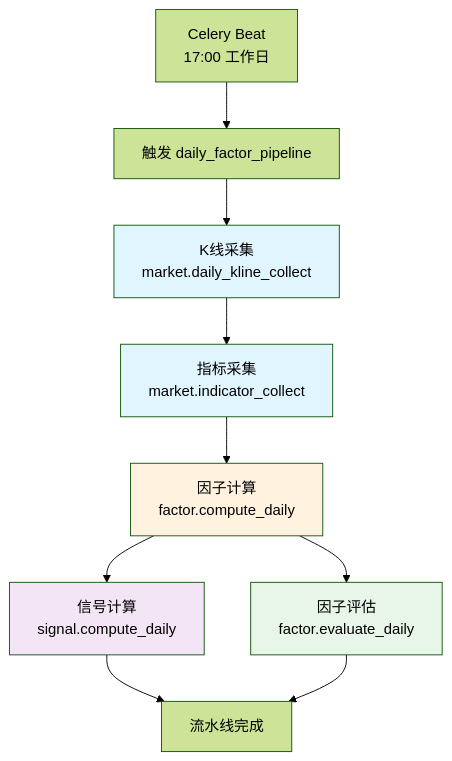
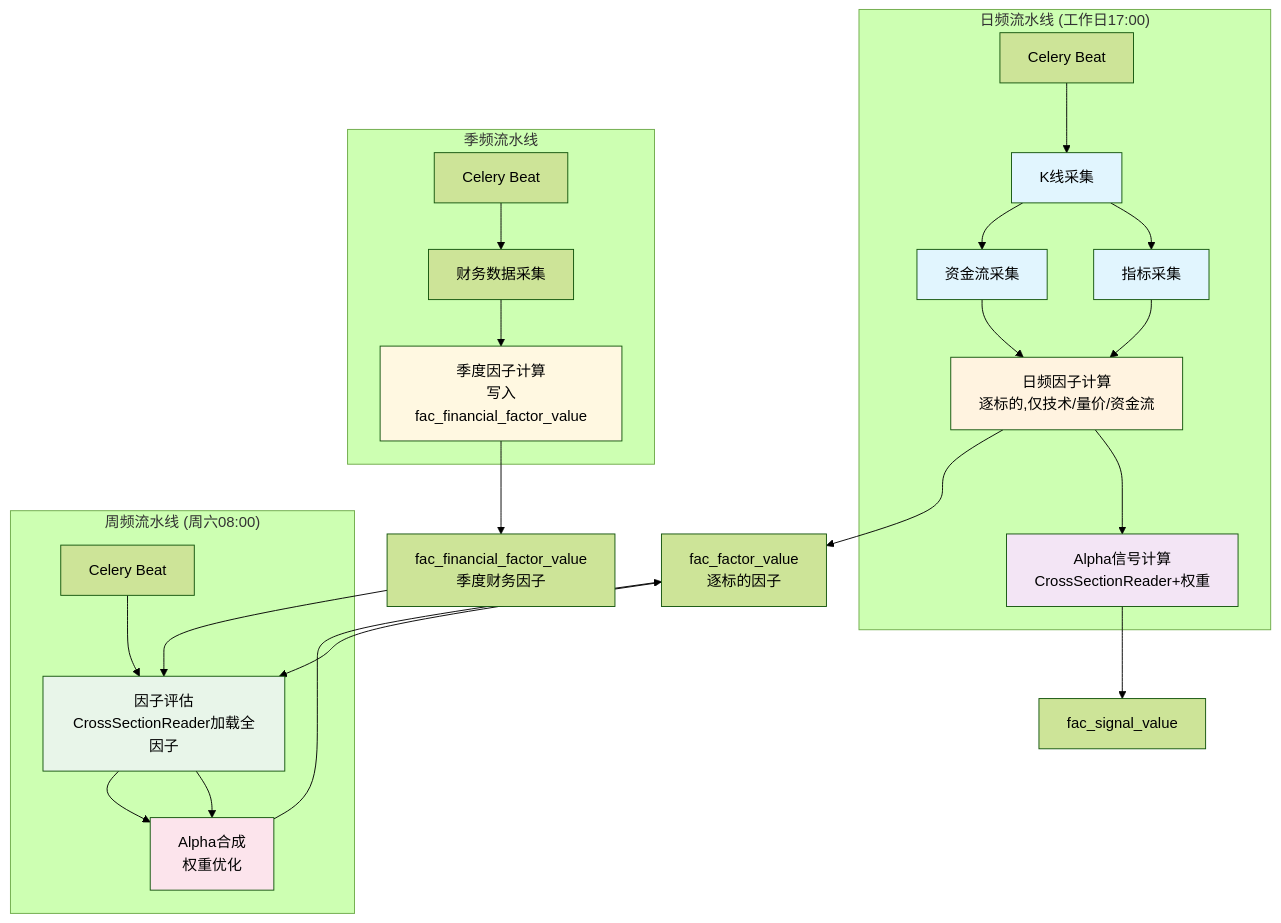
Before and after one commit to bitiany/xq-trader: diagram 13 of 31 in docs/factor-architecture.md, drawn with Mermaid (forest theme). The commit also changed other lines of this file and 35 other files, not shown here.

````diff
--- a/docs/factor-architecture.md
+++ b/docs/factor-architecture.md
@@ -493,19 +811,38 @@
 ```mermaid
 flowchart TD
-    BEAT[Celery Beat<br/>17:00 工作日] --> TRIGGER[触发 daily_factor_pipeline]
+    subgraph "日频流水线 (工作日17:00)"
+        BEAT_D[Celery Beat] --> KL[K线采集]
+        KL --> IND[指标采集]
+        KL --> FFC[资金流采集]
+        IND --> DFC[日频因子计算<br/>逐标的,仅技术/量价/资金流]
+        FFC --> DFC
+        DFC --> ASC[Alpha信号计算<br/>CrossSectionReader+权重]
+    end
 
-    TRIGGER --> KL[K线采集<br/>market.daily_kline_collect]
-    KL --> IND[指标采集<br/>market.indicator_collect]
-    IND --> FC[因子计算<br/>factor.compute_daily]
-    FC --> SC[信号计算<br/>signal.compute_daily]
-    FC --> FE[因子评估<br/>factor.evaluate_daily]
+    subgraph "季频流水线"
+        BEAT_Q[Celery Beat] --> FINA[财务数据采集]
+        FINA --> QFC[季度因子计算<br/>写入fac_financial_factor_value]
+    end
 
-    SC --> DONE[流水线完成]
-    FE --> DONE
+    subgraph "周频流水线 (周六08:00)"
+        BEAT_W[Celery Beat] --> FE[因子评估<br/>CrossSectionReader加载全因子]
+        FE --> AS[Alpha合成<br/>权重优化]
+    end
+
+    DFC --> FV[fac_factor_value<br/>逐标的因子]
+    QFC --> FFV[fac_financial_factor_value<br/>季度财务因子]
+    FV --> FE
+    FFV --> FE
+    FE --> AS
+    AS --> FV
+    ASC --> FSIG[fac_signal_value]
 
     style KL fill:#e1f5fe
     style IND fill:#e1f5fe
-    style FC fill:#fff3e0
-    style SC fill:#f3e5f5
+    style FFC fill:#e1f5fe
+    style DFC fill:#fff3e0
+    style ASC fill:#f3e5f5
     style FE fill:#e8f5e9
+    style AS fill:#fce4ec
+    style QFC fill:#fff8e1
 ```
````
